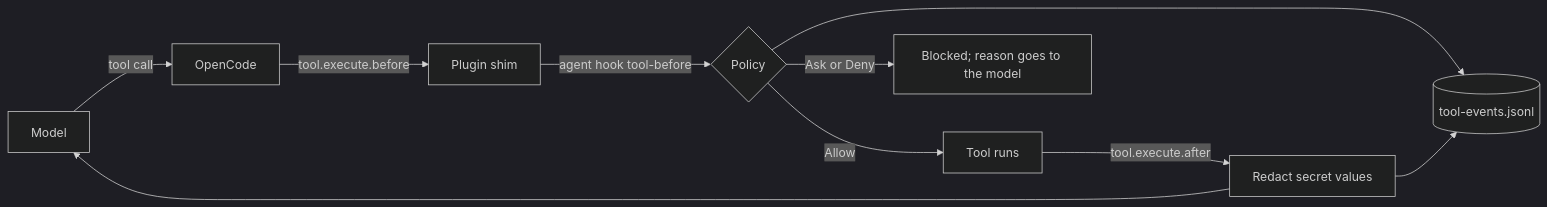
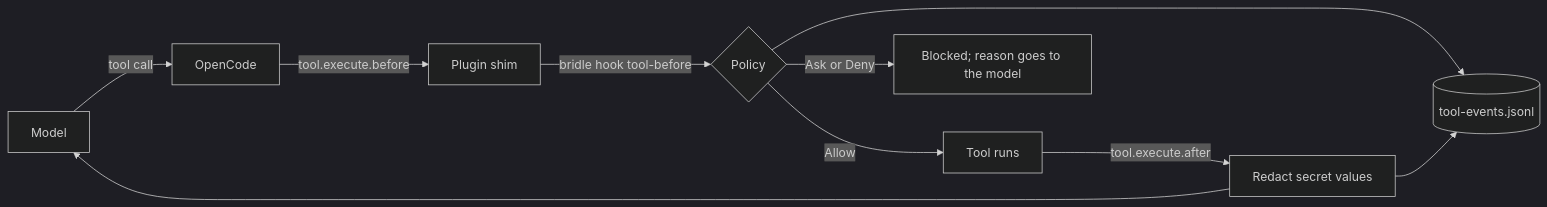
The diagram in README.md (kushagrathisside/bridle), drawn with Mermaid (dark theme) before and after one commit. The commit also changed other lines of this file and 52 other files, not shown here.

````diff
--- a/README.md
+++ b/README.md
@@ -42,12 +42,12 @@
 ```mermaid
 flowchart LR
     M[Model] -->|tool call| O[OpenCode]
     O -->|tool.execute.before| S[Plugin shim]
-    S -->|agent hook tool-before| P{Policy}
+    S -->|bridle hook tool-before| P{Policy}
     P -->|Allow| T[Tool runs]
     P -->|Ask or Deny| B[Blocked; reason goes to the model]
     T -->|tool.execute.after| R[Redact secret values]
     R --> M
     P --> L[(tool-events.jsonl)]
     R --> L
 ```
````
